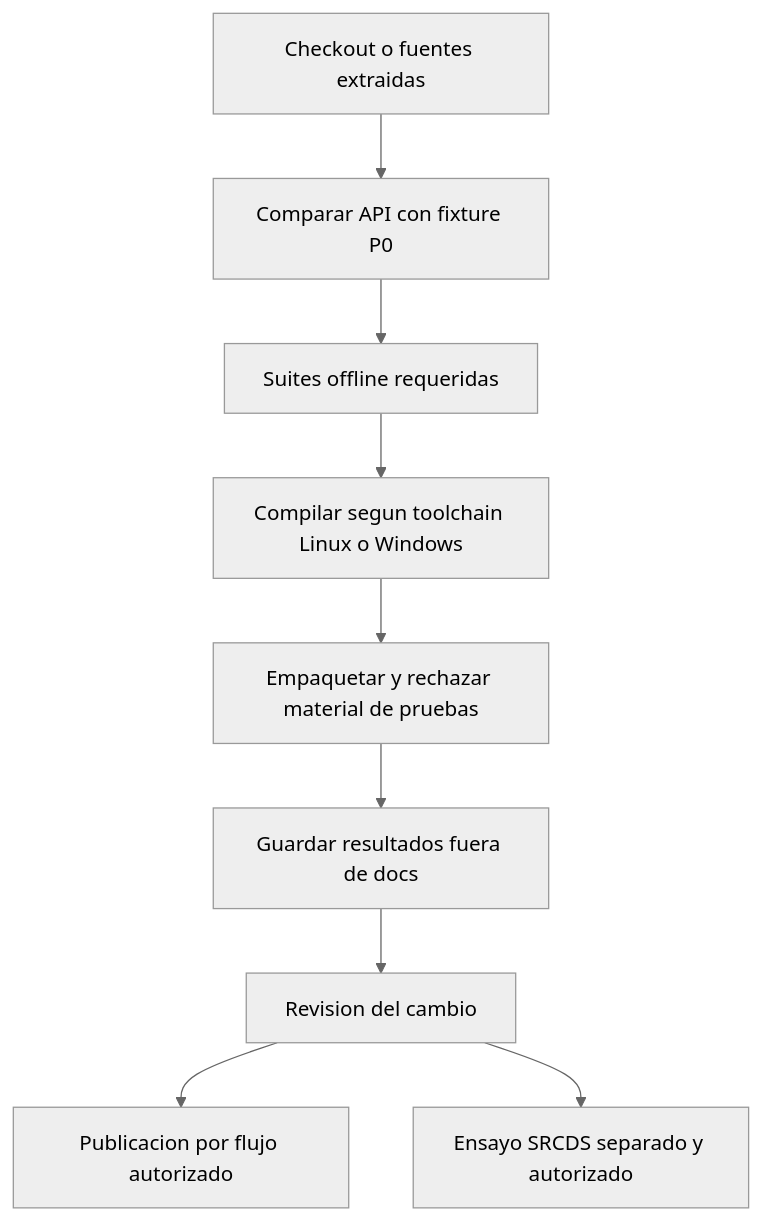
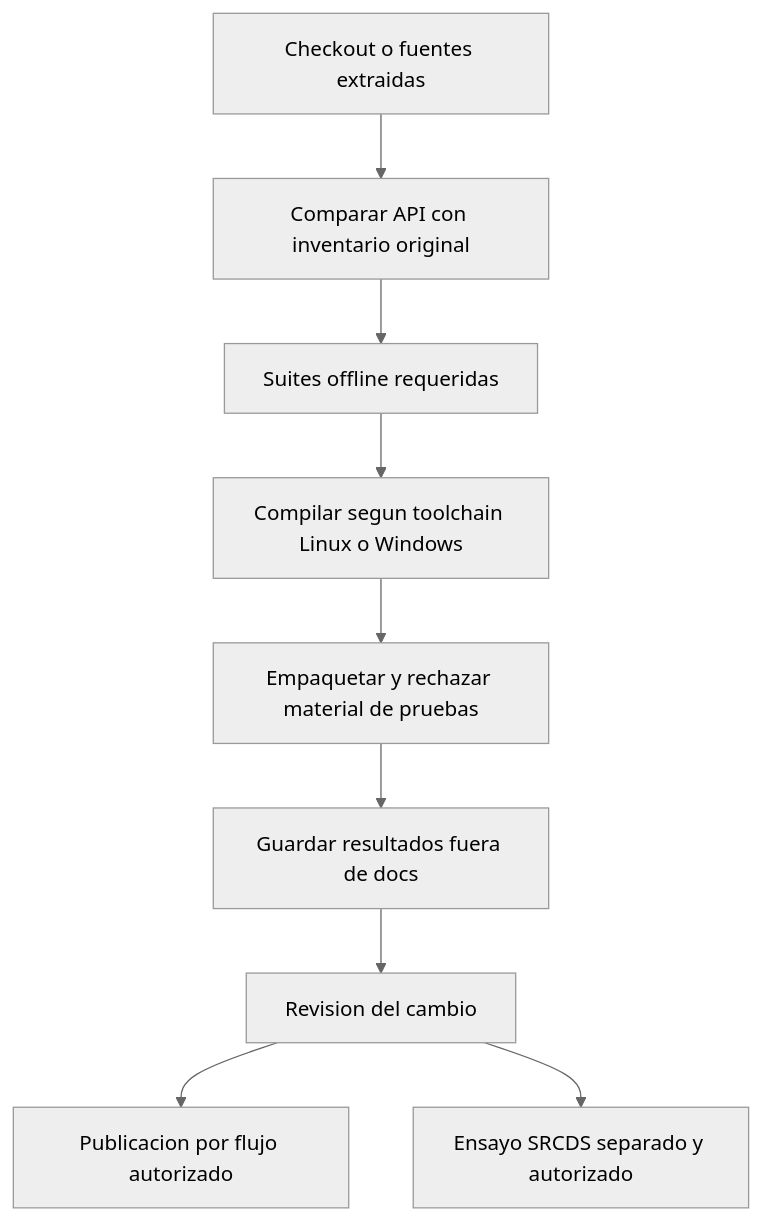
One commit to AoC-Gamers/SteamWorks changed the diagram in docs/build/ci.md. Above: the diagram before and after it, drawn with Mermaid (neutral theme). The commit also changed other lines of this file and 30 other files, not shown here.

````diff
--- a/docs/build/ci.md
+++ b/docs/build/ci.md
@@ -13,11 +13,11 @@
 ```mermaid
 flowchart TD
- A[Checkout o fuentes extraidas] --> C[Comparar API con fixture P0]
+ A[Checkout o fuentes extraidas] --> C[Comparar API con inventario original]
  C --> D[Suites offline requeridas]
  D --> E[Compilar segun toolchain Linux o Windows]
  E --> F[Empaquetar y rechazar material de pruebas]
  F --> G[Guardar resultados fuera de docs]
  G --> H[Revision del cambio]
  H --> I[Publicacion por flujo autorizado]
  H --> J[Ensayo SRCDS separado y autorizado]
 ```
````
